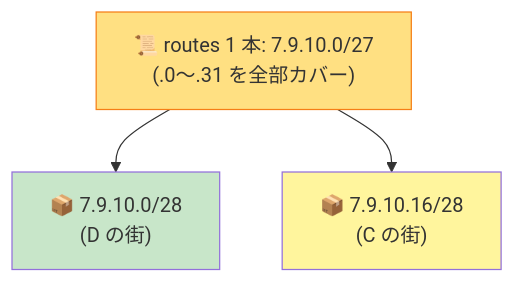
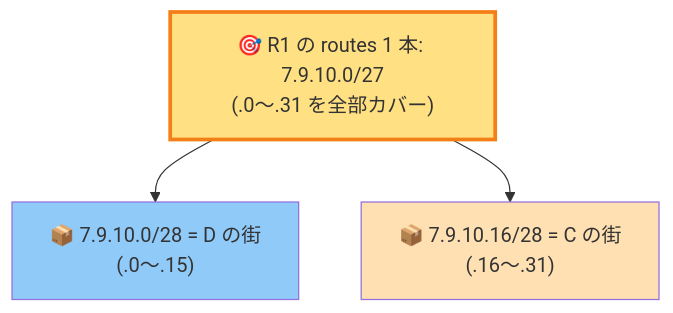
Diagram 16 of 18 in docs/02-levels/level8.md (Tsunanko/netpractice-guide), drawn with Mermaid before and after one commit. The commit also changed other lines of this file, not shown here.

First line of the commit message:
Rewrite Level 8 考え方 with per-step focus diagrams

````diff
--- a/docs/02-levels/level8.md
+++ b/docs/02-levels/level8.md
@@ -661,10 +839,10 @@
 ```mermaid
-graph TB
-    A["📜 routes 1 本: 7.9.10.0/27<br/>(.0〜.31 を全部カバー)"]
-    A --> B["📦 7.9.10.0/28<br/>(D の街)"]
-    A --> C["📦 7.9.10.16/28<br/>(C の街)"]
+flowchart TB
+    A["🎯 R1 の routes 1 本: 7.9.10.0/27<br/>(.0〜.31 を全部カバー)"]
+    A --> B["📦 7.9.10.0/28 = D の街<br/>(.0〜.15)"]
+    A --> C["📦 7.9.10.16/28 = C の街<br/>(.16〜.31)"]
 
-    style A fill:#FFE082,stroke:#F57F17
-    style B fill:#C8E6C9
-    style C fill:#FFF59D
+    style A fill:#FFE082,stroke:#F57F17,stroke-width:3px
+    style B fill:#90CAF9
+    style C fill:#FFE0B2
 ```
````
